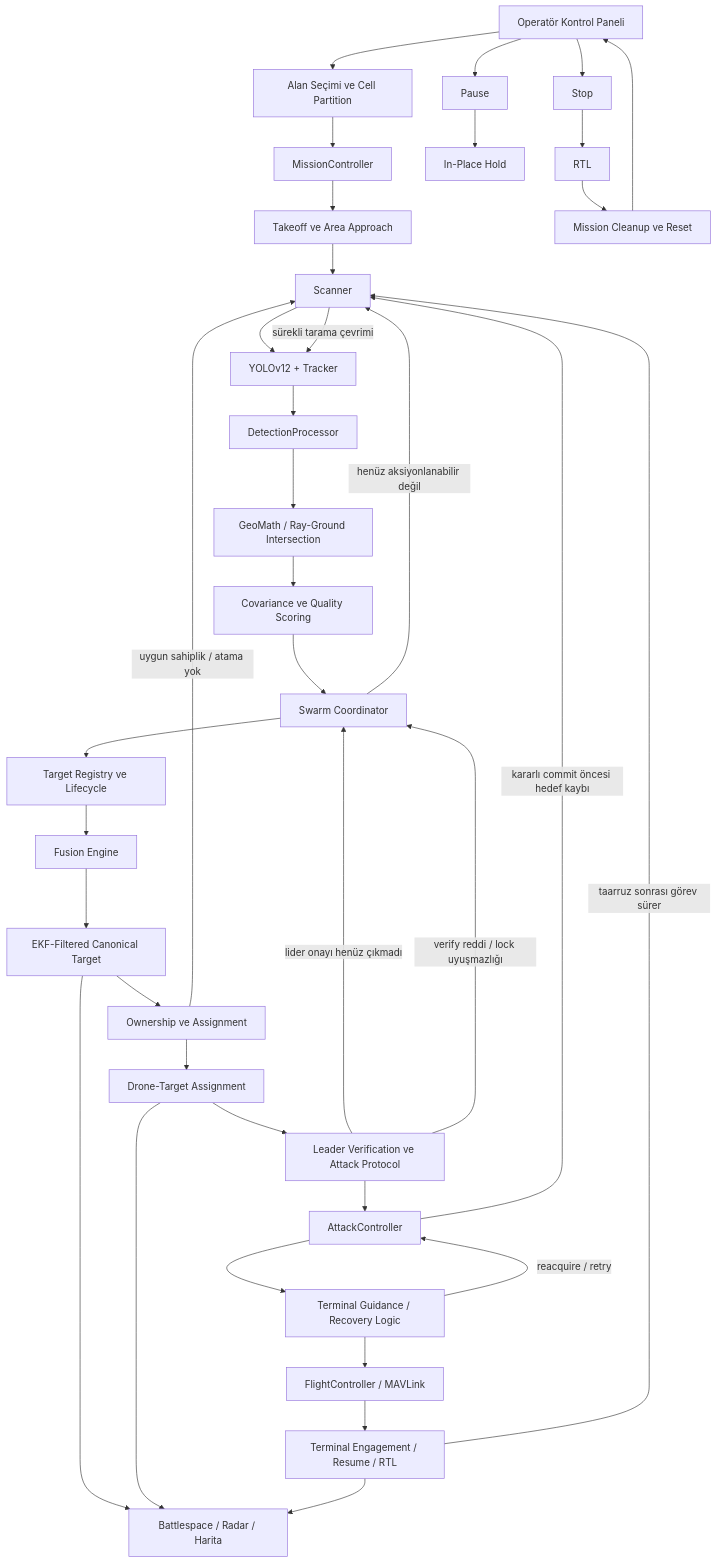
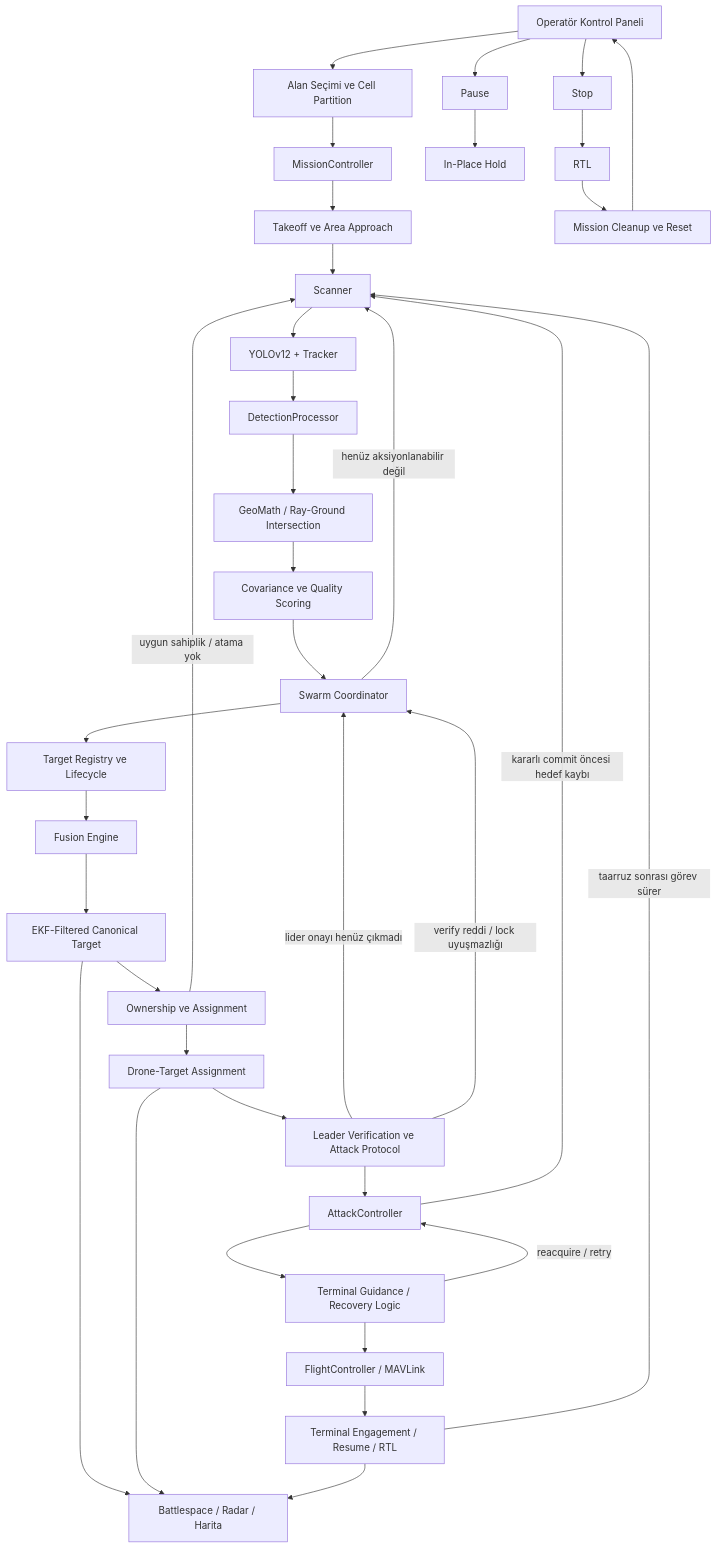
Before and after one commit to koesan/ORCUS: the third of 4 diagrams in README.md, drawn with Mermaid. The commit also changed other lines of this file, not shown here.

````diff
--- a/README.md
+++ b/README.md
@@ -409,43 +408,42 @@
 ```mermaid
 flowchart TD
     A[Operatör Kontrol Paneli] --> B[Alan Seçimi ve Cell Partition]
     B --> C[MissionController]
     C --> D[Takeoff ve Area Approach]
     D --> E[Scanner]
     E --> F[YOLOv12 + Tracker]
     F --> G[DetectionProcessor]
     G --> H[GeoMath / Ray-Ground Intersection]
     H --> I[Covariance ve Quality Scoring]
     I --> J[Swarm Coordinator]
 
     J --> K[Target Registry ve Lifecycle]
     K --> L[Fusion Engine]
     L --> M[EKF-Filtered Canonical Target]
     M --> N[Ownership ve Assignment]
     N --> O[Drone-Target Assignment]
     O --> P[Leader Verification ve Attack Protocol]
     P --> Q[AttackController]
     Q --> R[Terminal Guidance / Recovery Logic]
     R --> S[FlightController / MAVLink]
     S --> T[Terminal Engagement / Resume / RTL]
 
     M --> U[Battlespace / Radar / Harita]
     O --> U
     T --> U
 
-    E -->|sürekli tarama çevrimi| F
     J -->|henüz aksiyonlanabilir değil| E
     N -->|uygun sahiplik / atama yok| E
     P -->|lider onayı henüz çıkmadı| J
     P -->|verify reddi / lock uyuşmazlığı| J
     Q -->|kararlı commit öncesi hedef kaybı| E
     R -->|reacquire / retry| Q
     T -->|taarruz sonrası görev sürer| E
 
     A --> V[Pause]
     A --> W[Stop]
     V --> X[In-Place Hold]
     W --> Y[RTL]
     Y --> Z[Mission Cleanup ve Reset]
     Z --> A
 ```
````
